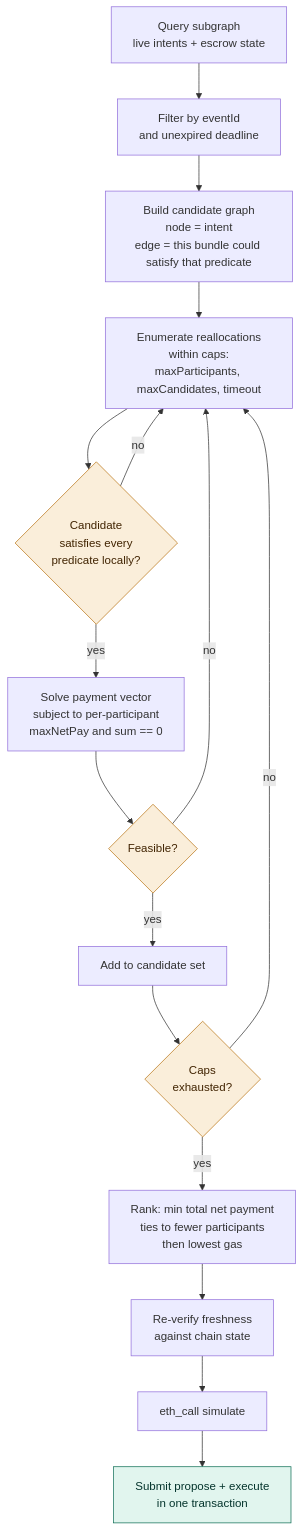
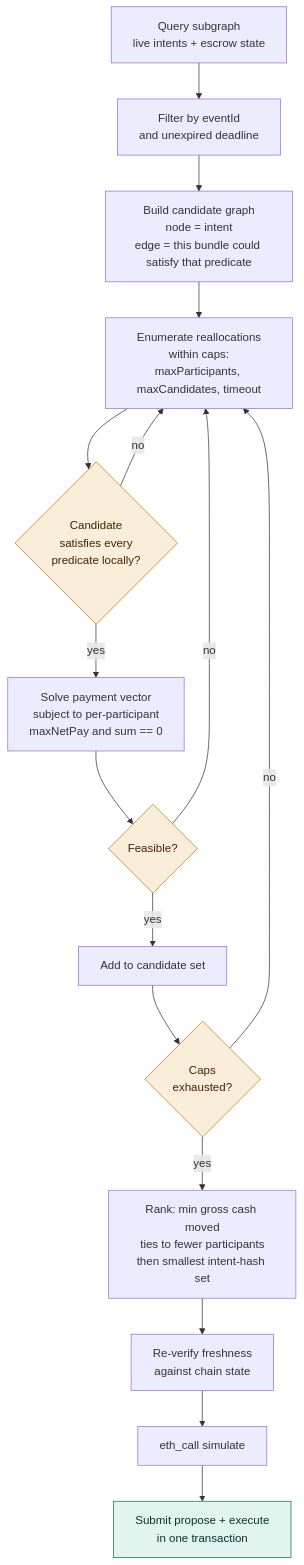
Before and after one commit to angelphoon7/online2026: diagram 20 of 26 in README.md, drawn with Mermaid. The commit also changed other lines of this file and 6 other files, not shown here.

````diff
--- a/README.md
+++ b/README.md
@@ -595,23 +630,23 @@
 ```mermaid
 flowchart TB
     A["Query subgraph<br/>live intents + escrow state"] --> B["Filter by eventId<br/>and unexpired deadline"]
     B --> C["Build candidate graph<br/>node = intent<br/>edge = this bundle could satisfy that predicate"]
     C --> D["Enumerate reallocations<br/>within caps:<br/>maxParticipants, maxCandidates, timeout"]
     D --> E{"Candidate<br/>satisfies every<br/>predicate locally?"}
     E -->|"no"| D
     E -->|"yes"| F["Solve payment vector<br/>subject to per-participant<br/>maxNetPay and sum == 0"]
     F --> G{"Feasible?"}
     G -->|"no"| D
     G -->|"yes"| H["Add to candidate set"]
     H --> I{"Caps<br/>exhausted?"}
     I -->|"no"| D
-    I -->|"yes"| J["Rank: min total net payment<br/>ties to fewer participants<br/>then lowest gas"]
+    I -->|"yes"| J["Rank: min gross cash moved<br/>ties to fewer participants<br/>then smallest intent-hash set"]
     J --> K["Re-verify freshness<br/>against chain state"]
     K --> L["eth_call simulate"]
     L --> M["Submit propose + execute<br/>in one transaction"]
 
     classDef ok fill:#E1F5EE,stroke:#0F6E56,stroke-width:1px,color:#04342C
     classDef decide fill:#FAEEDA,stroke:#BA7517,stroke-width:1px,color:#412402
     class M ok
     class E,G,I decide
 ```
````
